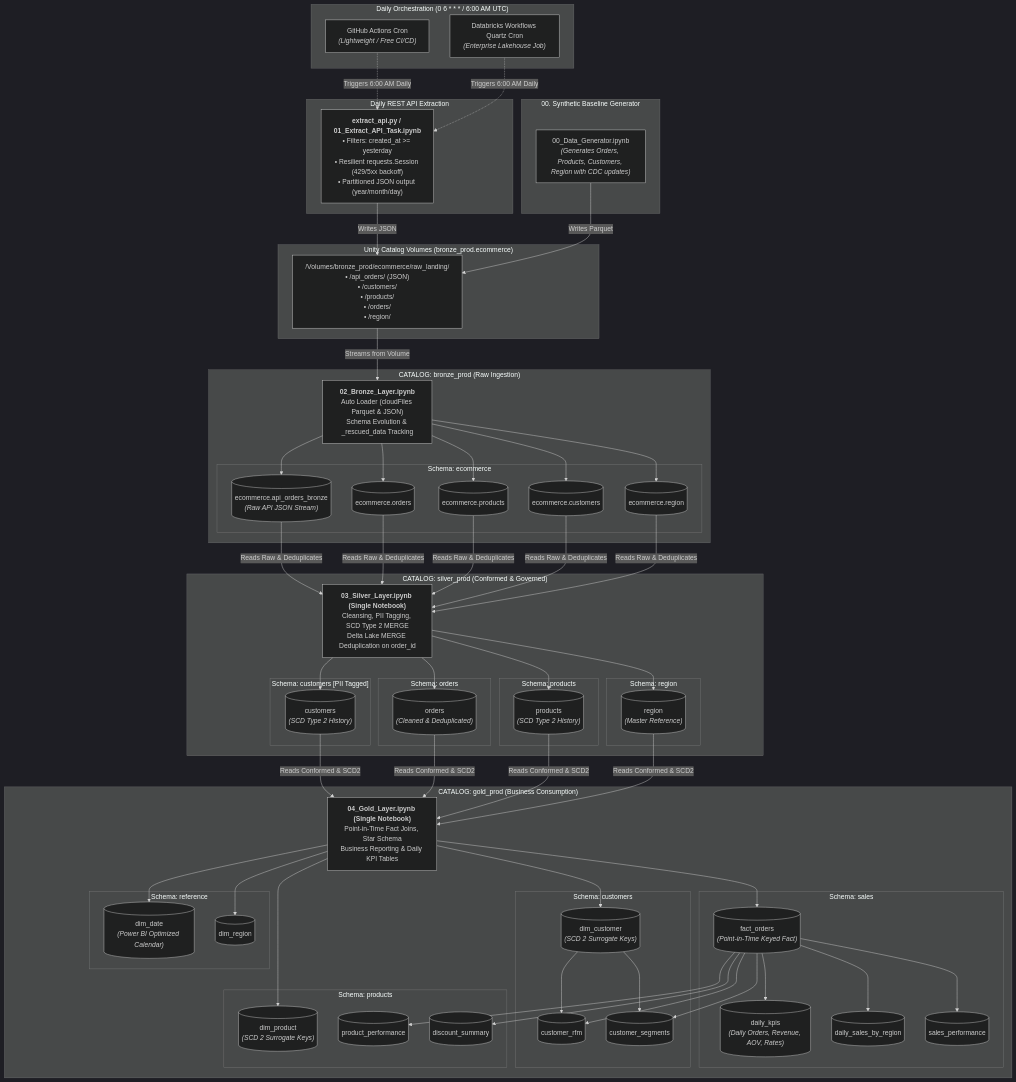
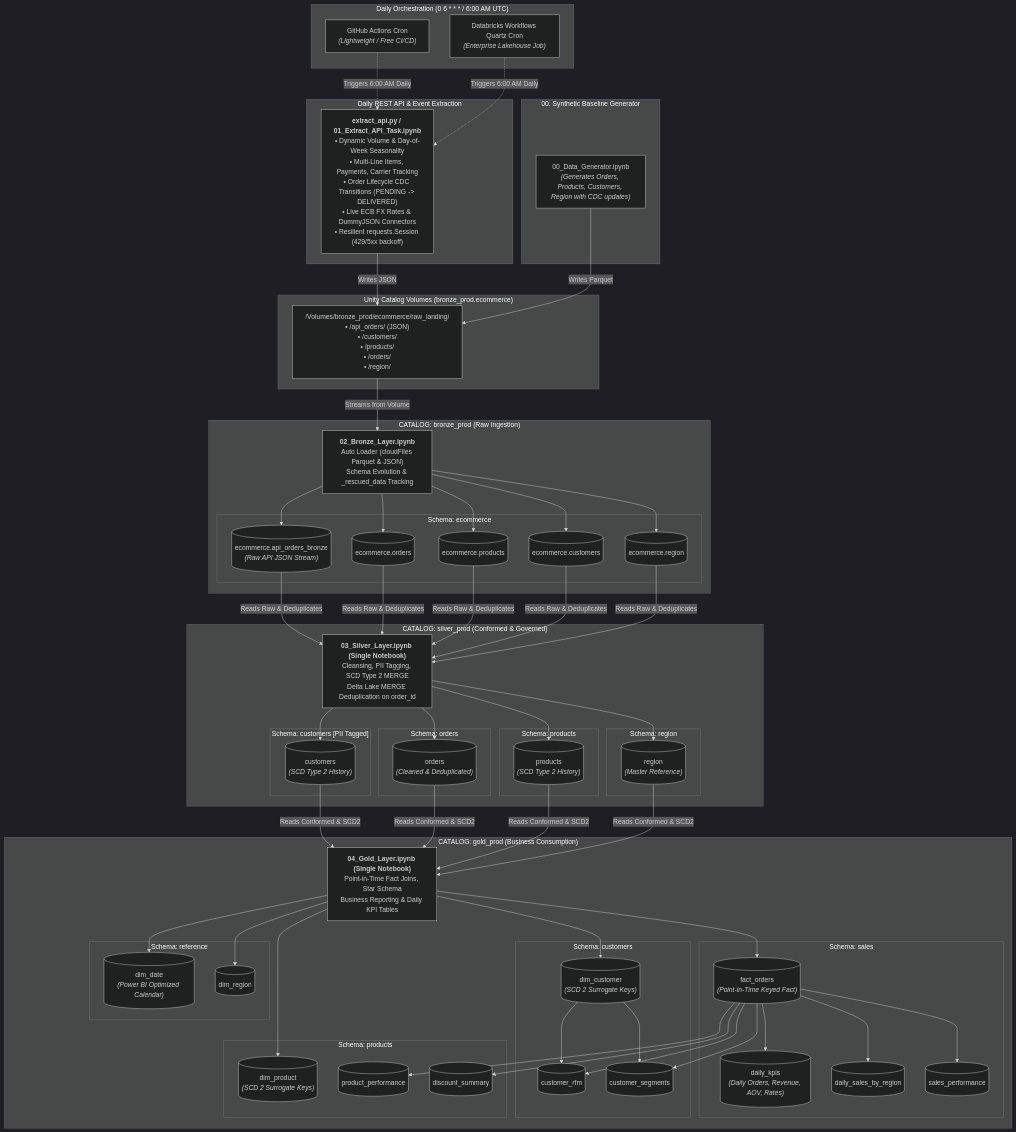
Before and after one commit to praveen6naik/Databricks-End-to-End-project: the diagram in README.md, drawn with Mermaid (dark theme). The commit also changed other lines of this file and 7 other files, not shown here.

Commit message:
feat(ingestion): upgrade daily REST API extractor with rich schemas, dynamic volume, CDC transitions, and live API integration

```diff
--- a/README.md
+++ b/README.md
@@ -22,8 +22,8 @@
         DBW["Databricks Workflows Quartz Cron<br/><i>(Enterprise Lakehouse Job)</i>"]
     end
 
-    subgraph Extraction["Daily REST API Extraction"]
-        EXT["<b>extract_api.py / 01_Extract_API_Task.ipynb</b><br/>• Filters: created_at >= yesterday<br/>• Resilient requests.Session (429/5xx backoff)<br/>• Partitioned JSON output (year/month/day)"]
+    subgraph Extraction["Daily REST API & Event Extraction"]
+        EXT["<b>extract_api.py / 01_Extract_API_Task.ipynb</b><br/>• Dynamic Volume & Day-of-Week Seasonality<br/>• Multi-Line Items, Payments, Carrier Tracking<br/>• Order Lifecycle CDC Transitions (PENDING -> DELIVERED)<br/>• Live ECB FX Rates & DummyJSON Connectors<br/>• Resilient requests.Session (429/5xx backoff)"]
     end
 
     subgraph DataGen["00. Synthetic Baseline Generator"]
```
